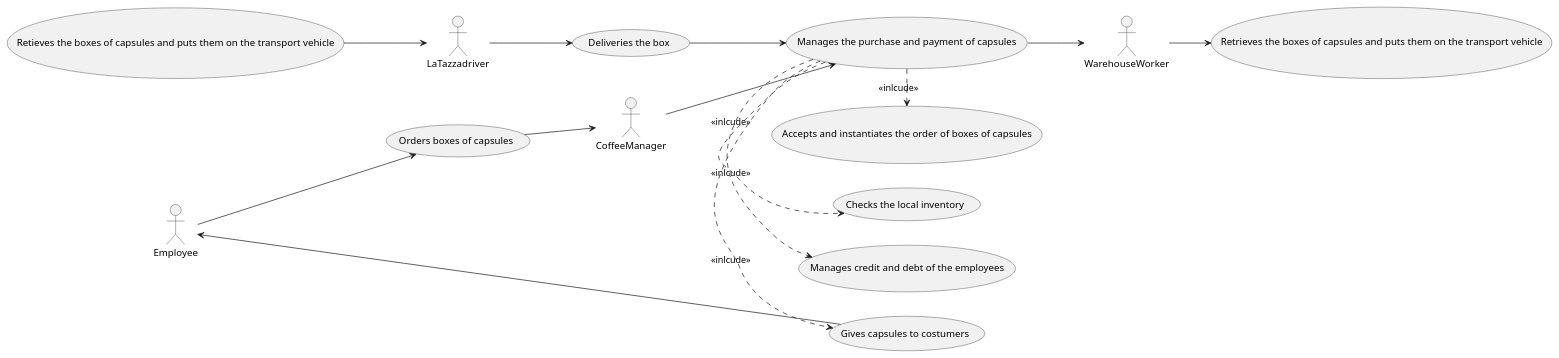
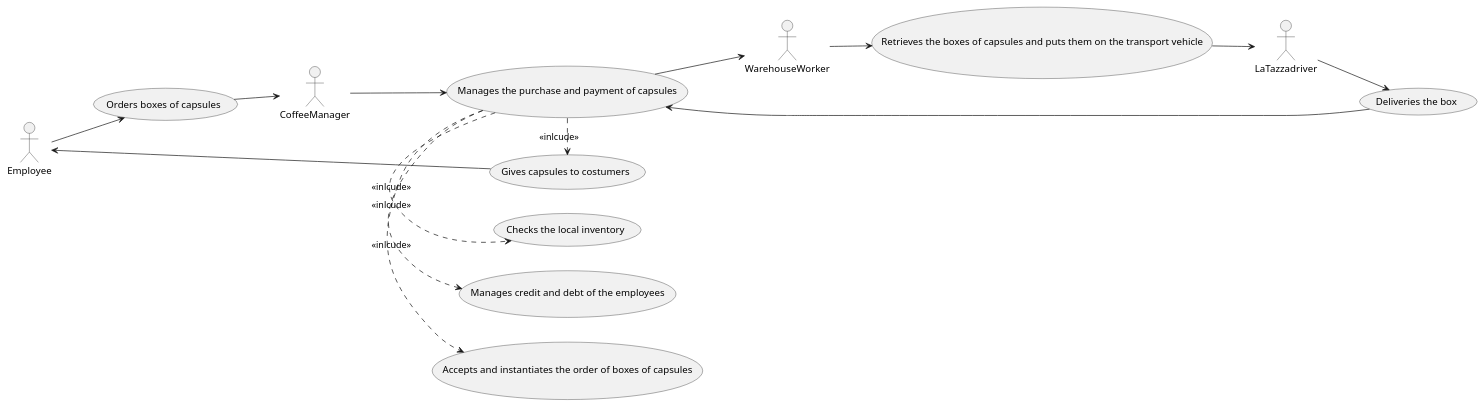
The second of 4 diagrams in templates/RequirementsTemplate.md (salvatore-dimartino/LaTazza), drawn with PlantUML before and after one commit.

````diff
--- a/templates/RequirementsTemplate.md
+++ b/templates/RequirementsTemplate.md
@@ -276,29 +276,29 @@
 ```plantuml
 @startuml
 
 left to right direction 
 skinparam packageStyle rectangle
 
 actor CoffeeManager as c
 actor Employee as e
 actor WarehouseWorker as w
 actor LaTazzadriver as d
 
 e --> (Orders boxes of capsules)
 (Orders boxes of capsules) --> c
 c --> (Manages the purchase and payment of capsules)
 (Manages the purchase and payment of capsules) --> w
 w --> (Retrieves the boxes of capsules and puts them on the transport vehicle)
-(Retieves the boxes of capsules and puts them on the transport vehicle) --> d
+(Retrieves the boxes of capsules and puts them on the transport vehicle) --> d
 d --> (Deliveries the box)
 (Deliveries the box) --> (Manages the purchase and payment of capsules)
 
 (Manages the purchase and payment of capsules) .> (Gives capsules to costumers) : <<inlcude>>
 (Manages the purchase and payment of capsules) .> (Accepts and instantiates the order of boxes of capsules) : <<inlcude>>
 (Manages the purchase and payment of capsules) .> (Manages credit and debt of the employees) : <<inlcude>>
 (Manages the purchase and payment of capsules) .> (Checks the local inventory) : <<inlcude>>
 
 e <-- (Gives capsules to costumers)
 
 @enduml
 ```
````
